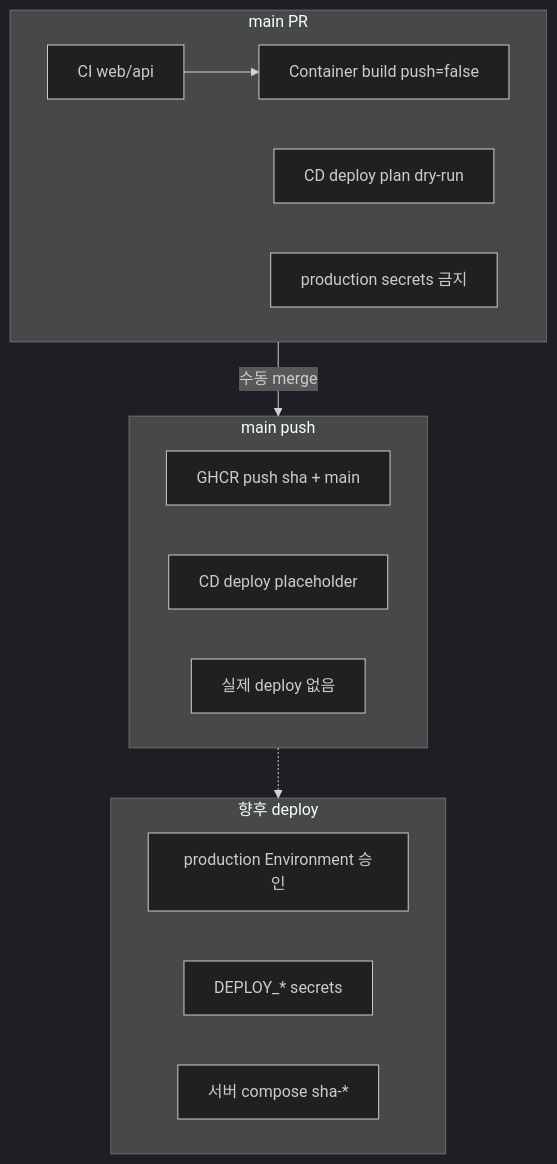
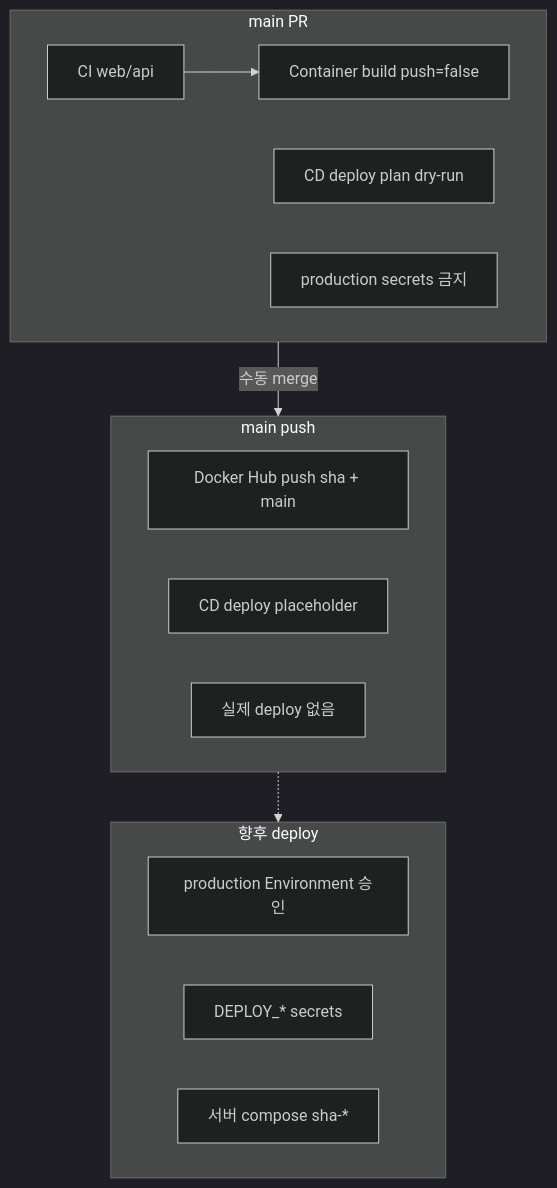
Before and after one commit to chorok447/dasida: the diagram in apps/api/docs/backend/github-secrets-and-environments.md, drawn with Mermaid (dark theme). The commit also changed other lines of this file and 10 other files, not shown here.

First line of the commit message:
ci: Docker Hub image publish workflow로 전환

````diff
--- a/apps/api/docs/backend/github-secrets-and-environments.md
+++ b/apps/api/docs/backend/github-secrets-and-environments.md
@@ -110,20 +121,20 @@
 ```mermaid
 flowchart TB
   subgraph pr [main PR]
     A[CI web/api] --> B[Container build push=false]
     C[CD deploy plan dry-run]
     D[production secrets 금지]
   end
   subgraph push [main push]
-    E[GHCR push sha + main]
+    E[Docker Hub push sha + main]
     F[CD deploy placeholder]
     G[실제 deploy 없음]
   end
   subgraph future [향후 deploy]
     H[production Environment 승인]
     I[DEPLOY_* secrets]
     J[서버 compose sha-*]
   end
   pr -->|수동 merge| push
   push -.-> future
 ```
````
